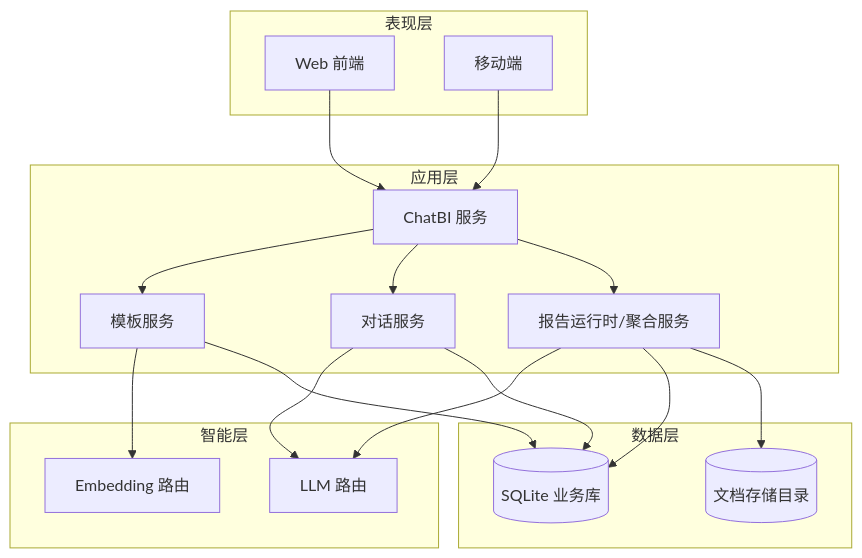
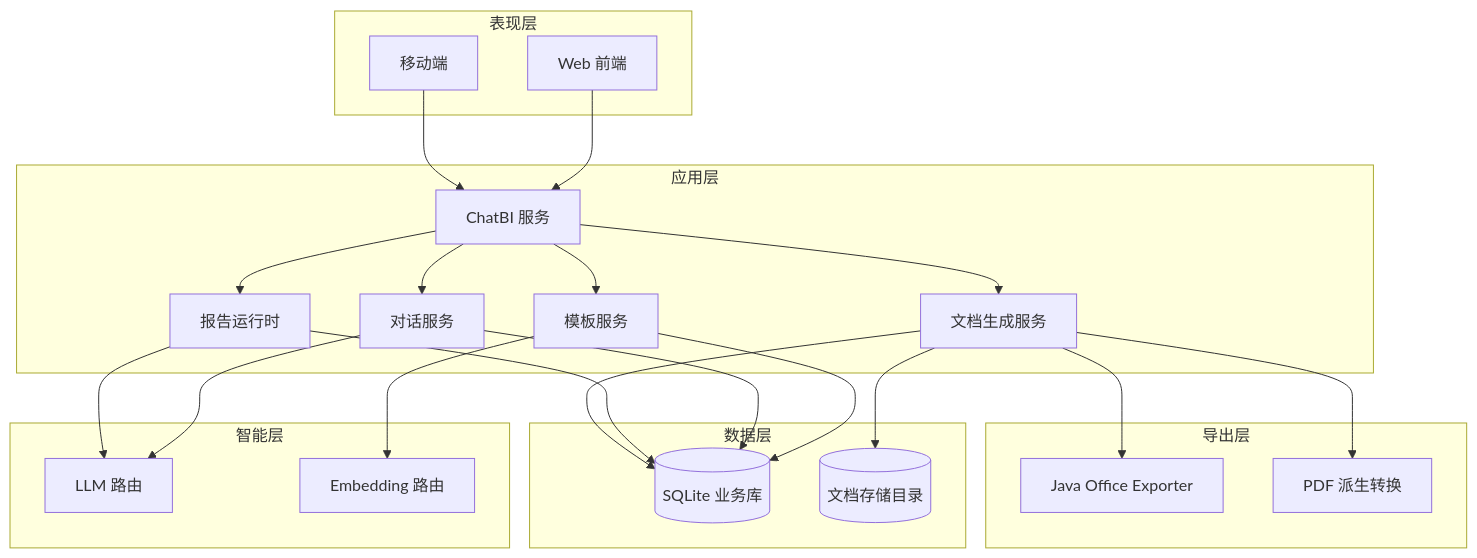
The third of 3 diagrams in design/design.md (shel447/ReportSystem), drawn with Mermaid before and after one commit. The commit also changed other lines of this file and 21 other files, not shown here.

````diff
--- a/design/design.md
+++ b/design/design.md
@@ -171,40 +180,50 @@
 ```mermaid
 graph TB
     subgraph 表现层
         Web[Web 前端]
         Mobile[移动端]
     end
 
     subgraph 应用层
         ChatBI[ChatBI 服务]
         TemplateService[模板服务]
         ConversationService[对话服务]
-        ReportRuntimeService[报告运行时/聚合服务]
+        ReportRuntimeService[报告运行时]
+        DocumentGenerationService[文档生成服务]
     end
 
     subgraph 智能层
         LLMRouter[LLM 路由]
         Embedding[Embedding 路由]
+    end
+
+    subgraph 导出层
+        JavaExporter[Java Office Exporter]
+        PdfConverter[PDF 派生转换]
     end
 
     subgraph 数据层
         DB[(SQLite 业务库)]
         Files[(文档存储目录)]
     end
 
     Web --> ChatBI
     Mobile --> ChatBI
 
     ChatBI --> TemplateService
     ChatBI --> ConversationService
     ChatBI --> ReportRuntimeService
+    ChatBI --> DocumentGenerationService
 
     ConversationService --> LLMRouter
     TemplateService --> Embedding
     ReportRuntimeService --> LLMRouter
+    DocumentGenerationService --> JavaExporter
+    DocumentGenerationService --> PdfConverter
 
     TemplateService --> DB
     ConversationService --> DB
     ReportRuntimeService --> DB
-    ReportRuntimeService --> Files
+    DocumentGenerationService --> DB
+    DocumentGenerationService --> Files
 ```
````
